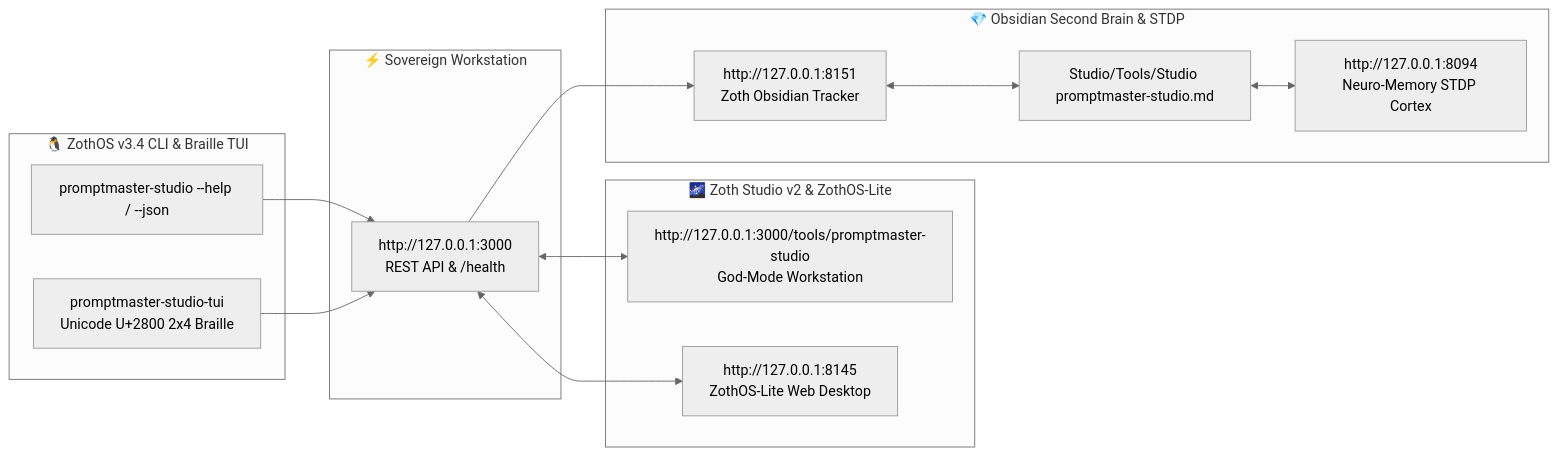
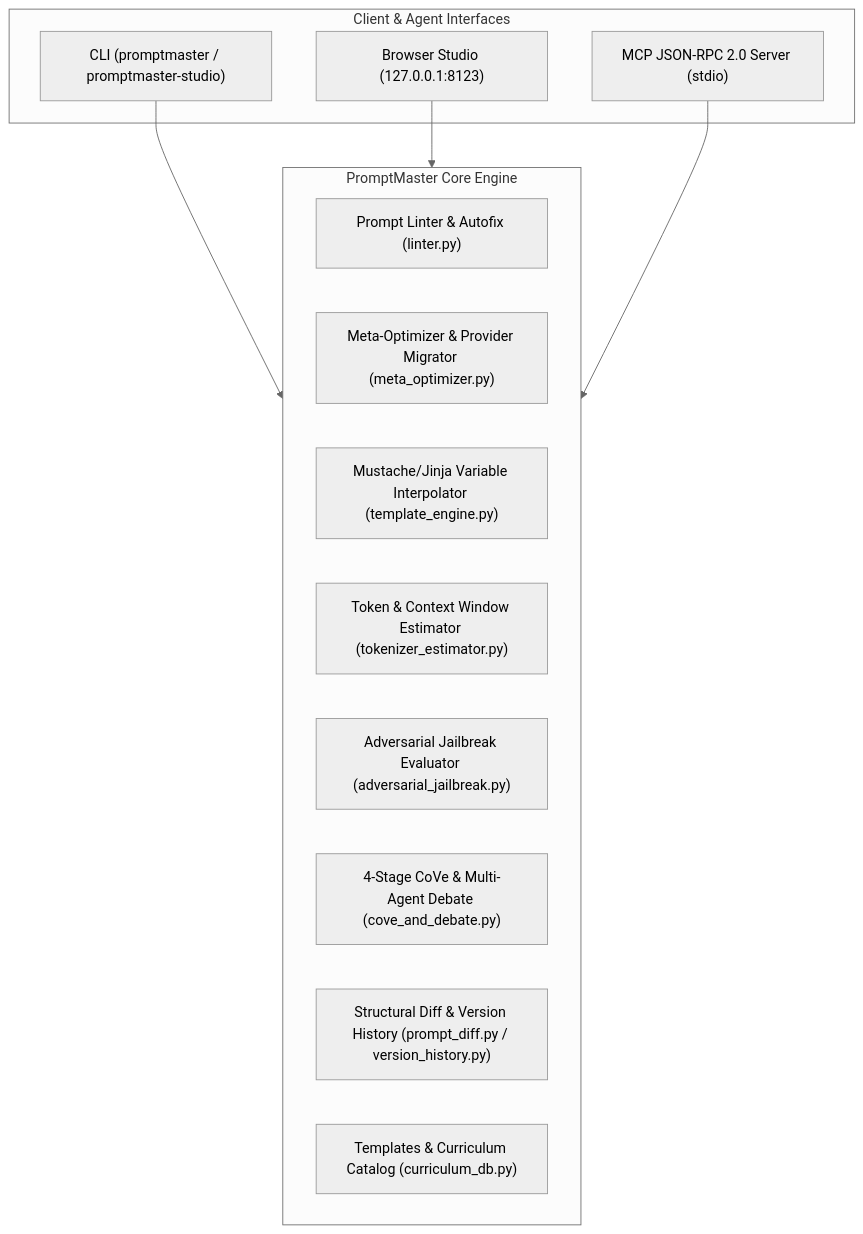
Before and after one commit to 1nc0gn30/promptmaster-studio: the diagram in README.md, drawn with Mermaid (neutral theme). The commit also changed other lines of this file and 14 other files, not shown here.

````diff
--- a/README.md
+++ b/README.md
@@ -361,30 +31,23 @@
 ```mermaid
-flowchart LR
-    subgraph ZothOS["🐧 ZothOS v3.4 CLI & Braille TUI"]
-        CLI["promptmaster-studio --help / --json"]
-        TUI["promptmaster-studio-tui<br/>Unicode U+2800 2x4 Braille"]
+flowchart TD
+    subgraph Interfaces["Client & Agent Interfaces"]
+        CLI["CLI (promptmaster / promptmaster-studio)"]
+        Studio["Browser Studio (127.0.0.1:8123)"]
+        MCP["MCP JSON-RPC 2.0 Server (stdio)"]
     end
 
-    subgraph Workstation["⚡ Sovereign Workstation"]
-        WEB["http://127.0.0.1:3000<br/>REST API & /health"]
+    subgraph Engine["PromptMaster Core Engine"]
+        Linter["Prompt Linter & Autofix (linter.py)"]
+        Opt["Meta-Optimizer & Provider Migrator (meta_optimizer.py)"]
+        Tpl["Mustache/Jinja Variable Interpolator (template_engine.py)"]
+        Tok["Token & Context Window Estimator (tokenizer_estimator.py)"]
+        Red["Adversarial Jailbreak Evaluator (adversarial_jailbreak.py)"]
+        CoVe["4-Stage CoVe & Multi-Agent Debate (cove_and_debate.py)"]
+        Hist["Structural Diff & Version History (prompt_diff.py / version_history.py)"]
+        DB["Templates & Curriculum Catalog (curriculum_db.py)"]
     end
 
-    subgraph Studio["🌌 Zoth Studio v2 & ZothOS-Lite"]
-        GODMODE["http://127.0.0.1:3000/tools/promptmaster-studio<br/>God-Mode Workstation"]
-        LITE["http://127.0.0.1:8145<br/>ZothOS-Lite Web Desktop"]
-    end
-
-    subgraph SecondBrain["💎 Obsidian Second Brain & STDP"]
-        TRACKER["http://127.0.0.1:8151<br/>Zoth Obsidian Tracker"]
-        NEURO["http://127.0.0.1:8094<br/>Neuro-Memory STDP Cortex"]
-        NOTE["Studio/Tools/Studio promptmaster-studio.md"]
-    end
-
-    CLI --> WEB
-    TUI --> WEB
-    WEB <--> GODMODE
-    WEB <--> LITE
-    WEB --> TRACKER
-    TRACKER <--> NOTE
-    NOTE <--> NEURO
+    CLI --> Engine
+    Studio --> Engine
+    MCP --> Engine
 ```
````
